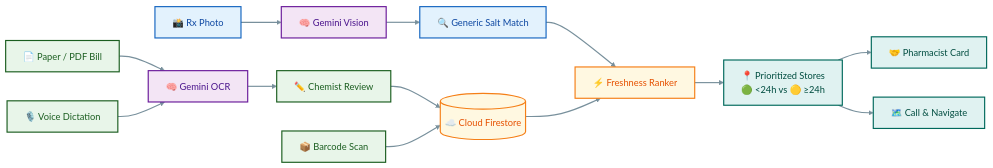
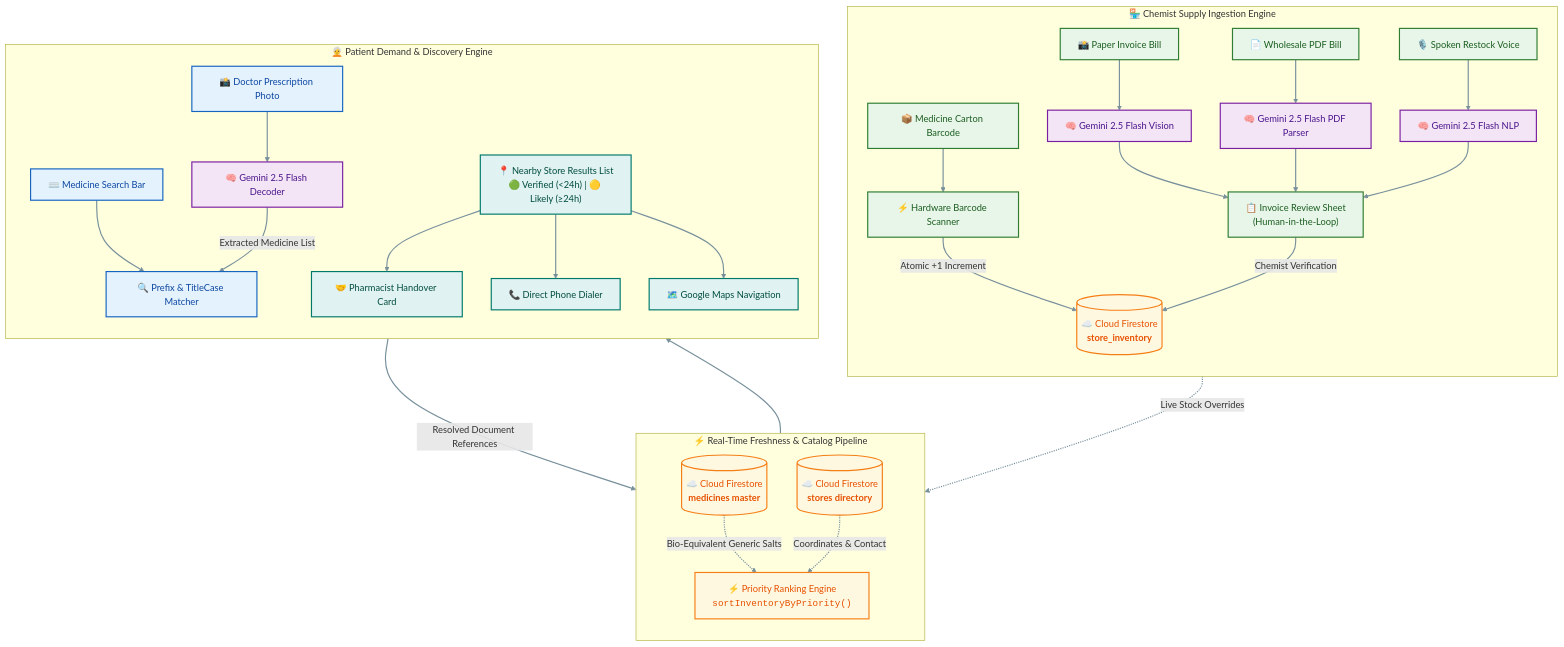
One commit to Parth-Chavan-15/MedSetu-TechSprint changed the first of 3 diagrams in README.md. Above: the diagram before and after it, drawn with Mermaid. The commit also changed other lines of this file, not shown here.

Commit message:
docs: deliver authoritative hackathon README with full dual-agent architecture, ranking algorithm, and navigation state machine

````diff
--- a/README.md
+++ b/README.md
@@ -91,32 +102,53 @@
 ```mermaid
-flowchart LR
-    P_IMG["📸 Rx Photo"] --> P_AI["🧠 Gemini Vision"]
-    P_AI --> P_SRCH["🔍 Generic Salt Match"]
-    P_SRCH --> ENGINE["⚡ Freshness Ranker"]
+flowchart TB
+    subgraph ChemistEngine["🏪 Chemist Supply Ingestion Engine"]
+        direction TB
+        C_INV["📸 Paper Invoice Bill"] --> G_INV["🧠 Gemini 2.5 Flash Vision"]
+        C_PDF["📄 Wholesale PDF Bill"] --> G_PDF["🧠 Gemini 2.5 Flash PDF Parser"]
+        C_VOICE["🎙️ Spoken Restock Voice"] --> G_NLP["🧠 Gemini 2.5 Flash NLP"]
+        C_BC["📦 Medicine Carton Barcode"] --> BC_SCAN["⚡ Hardware Barcode Scanner"]
 
-    S_INV["📄 Paper / PDF Bill"] --> S_AI["🧠 Gemini OCR"]
-    S_VOICE["🎙️ Voice Dictation"] --> S_AI
-    S_AI --> S_REV["✏️ Chemist Review"]
-    S_REV --> DB[("☁️ Cloud Firestore")]
+        G_INV --> IRS["📋 Invoice Review Sheet<br/>(Human-in-the-Loop)"]
+        G_PDF --> IRS
+        G_NLP --> IRS
+        BC_SCAN -->|Atomic +1 Increment| FS_INV
+        IRS -->|Chemist Verification| FS_INV[("☁️ Cloud Firestore<br/><b>store_inventory</b>")]
+    end
 
-    S_BC["📦 Barcode Scan"] --> DB
-    DB --> ENGINE
+    subgraph CoreEngine["⚡ Real-Time Freshness & Catalog Pipeline"]
+        direction TB
+        FS_MED[("☁️ Cloud Firestore<br/><b>medicines master</b>")]
+        FS_STORES[("☁️ Cloud Firestore<br/><b>stores directory</b>")]
 
-    ENGINE --> OUT_UI["📍 Prioritized Stores<br/>🟢 &lt;24h vs 🟡 &ge;24h"]
-    OUT_UI --> OUT_CARD["🤝 Pharmacist Card"]
-    OUT_UI --> OUT_NAV["🗺️ Call & Navigate"]
+        FS_INV -.->|Live Stock Overrides| RANK["⚡ Priority Ranking Engine<br/><code>sortInventoryByPriority()</code>"]
+        FS_MED -.->|Bio-Equivalent Generic Salts| RANK
+        FS_STORES -.->|Coordinates & Contact| RANK
+    end
 
+    subgraph PatientEngine["🧑‍🦳 Patient Demand & Discovery Engine"]
+        direction TB
+        P_RX["📸 Doctor Prescription Photo"] --> G_RX["🧠 Gemini 2.5 Flash Decoder"]
+        P_TXT["⌨️ Medicine Search Bar"] --> MATCH["🔍 Prefix & TitleCase Matcher"]
+        G_RX -->|Extracted Medicine List| MATCH
+        MATCH -->|Resolved Document References| RANK
+
+        RANK --> UI_STORES["📍 Nearby Store Results List<br/>🟢 Verified (&lt;24h) | 🟡 Likely (&ge;24h)"]
+        UI_STORES --> ACT_CARD["🤝 Pharmacist Handover Card"]
+        UI_STORES --> ACT_CALL["📞 Direct Phone Dialer"]
+        UI_STORES --> ACT_MAP["🗺️ Google Maps Navigation"]
+    end
+
+    classDef chemist fill:#E8F5E9,stroke:#2E7D32,color:#1B5E20,stroke-width:2px;
     classDef patient fill:#E3F2FD,stroke:#1565C0,color:#0D47A1,stroke-width:2px;
-    classDef chemist fill:#E8F5E9,stroke:#1B5E20,color:#1B5E20,stroke-width:2px;
-    classDef ai fill:#F3E5F5,stroke:#6A1B9A,color:#4A148C,stroke-width:2px;
-    classDef engine fill:#FFF8E1,stroke:#F57F17,color:#E65100,stroke-width:2px;
-    classDef action fill:#E0F2F1,stroke:#00695C,color:#004D40,stroke-width:2px;
+    classDef ai fill:#F3E5F5,stroke:#7B1FA2,color:#4A148C,stroke-width:2px;
+    classDef firestore fill:#FFF8E1,stroke:#F57F17,color:#E65100,stroke-width:2px;
+    classDef output fill:#E0F2F1,stroke:#00796B,color:#004D40,stroke-width:2px;
 
-    class P_IMG,P_SRCH patient;
-    class S_INV,S_VOICE,S_BC,S_REV chemist;
-    class P_AI,S_AI ai;
-    class DB,ENGINE engine;
-    class OUT_UI,OUT_CARD,OUT_NAV action;
+    class C_INV,C_PDF,C_VOICE,C_BC,BC_SCAN,IRS chemist;
+    class P_RX,P_TXT,MATCH patient;
+    class G_INV,G_PDF,G_NLP,G_RX ai;
+    class FS_INV,FS_MED,FS_STORES,RANK firestore;
+    class UI_STORES,ACT_CARD,ACT_CALL,ACT_MAP output;
 
     linkStyle default stroke:#78909C,stroke-width:2px;
 ```
````
